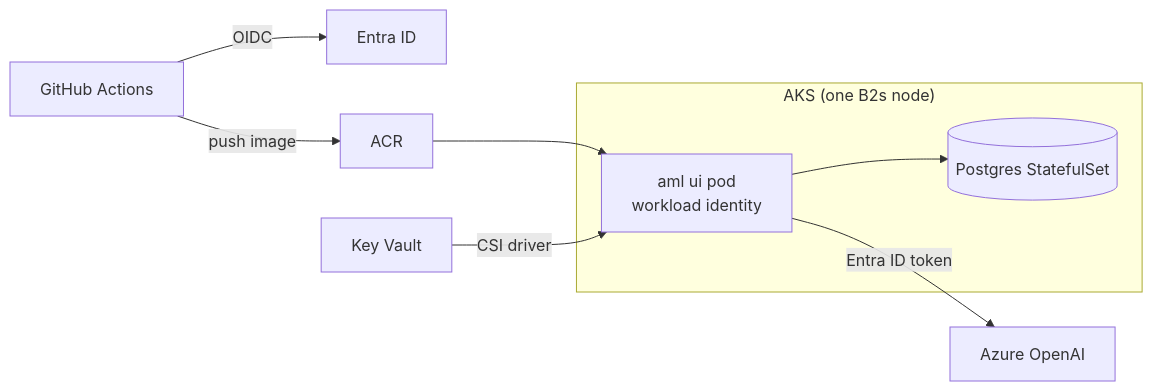
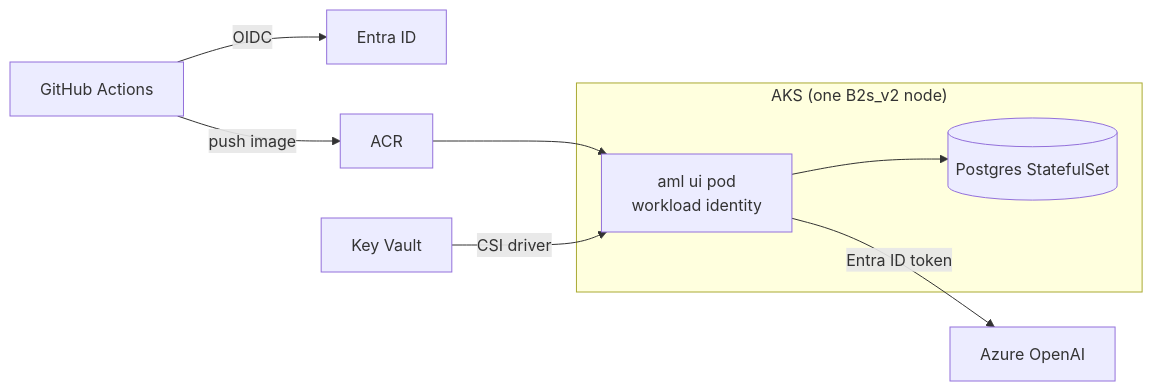
One commit to InYanInIn/aml-alert-investigator changed the second of 2 diagrams in README.md. Above: the diagram before and after it, drawn with Mermaid. The commit also changed other lines of this file, not shown here.

Commit message:
M11: accurate Free Trial constraints in the README

````diff
--- a/README.md
+++ b/README.md
@@ -115,11 +115,11 @@
 ```mermaid
 flowchart LR
     GH[GitHub Actions] -->|OIDC| ENTRA[Entra ID]
     GH -->|push image| ACR[ACR]
-    subgraph AKS["AKS (one B2s node)"]
+    subgraph AKS["AKS (one B2s_v2 node)"]
         UI["aml ui pod<br/>workload identity"] --> PG[(Postgres StatefulSet)]
     end
     ACR --> UI
     KV[Key Vault] -->|CSI driver| UI
     UI -->|Entra ID token| AOAI[Azure OpenAI]
 ```
````
